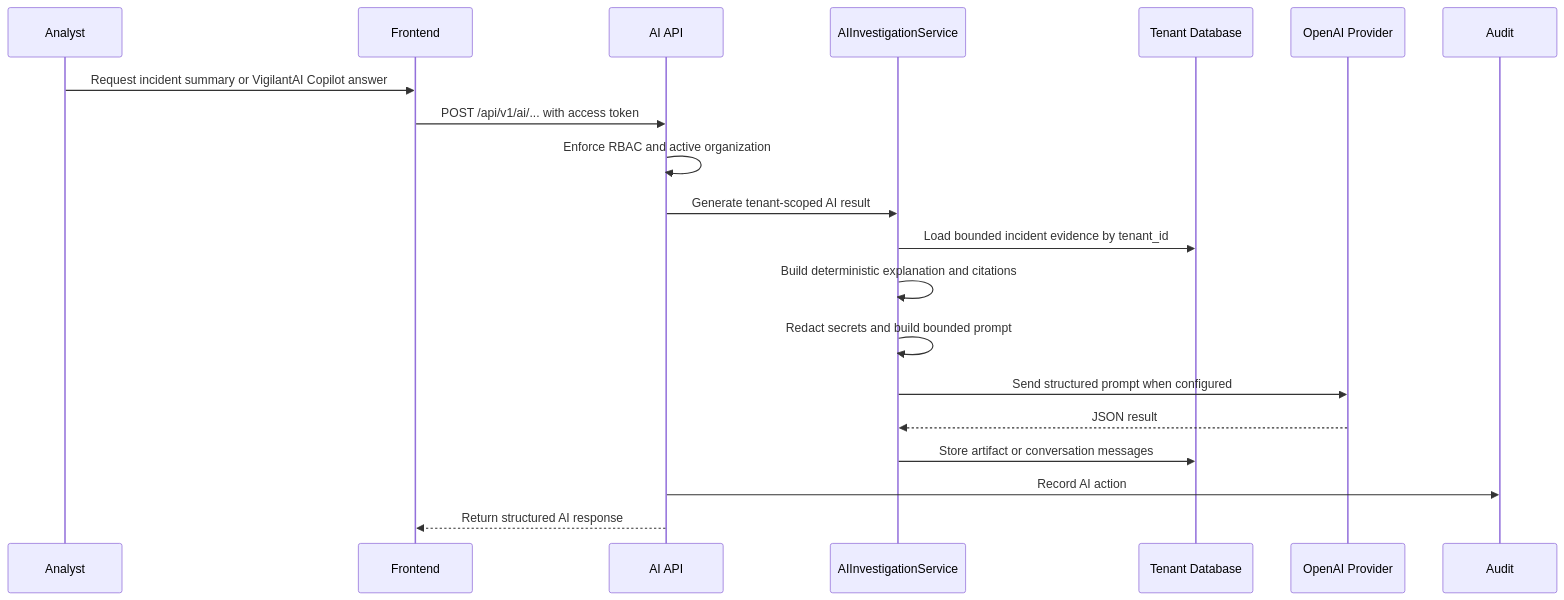
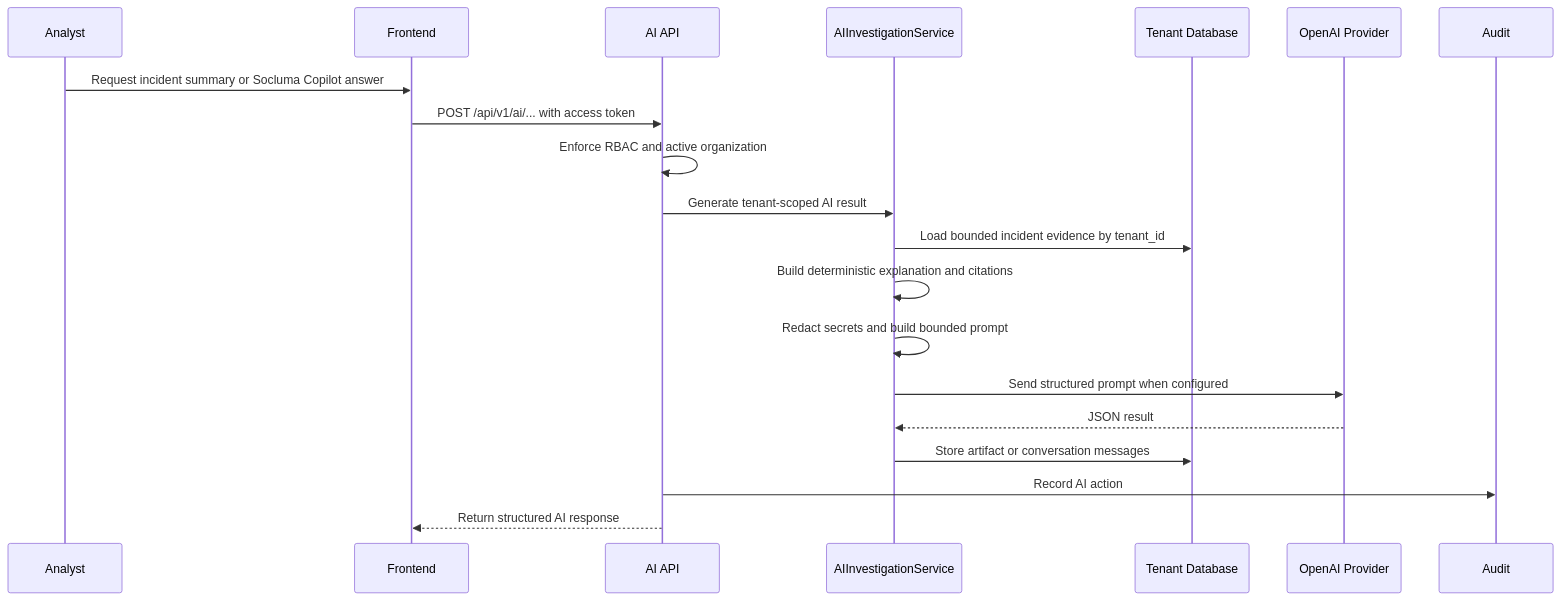
The third of 3 diagrams in ARCHITECTURE.md (ShkS44D/Socluma), drawn with Mermaid before and after one commit. The commit also changed other lines of this file and 112 other files, not shown here.

````diff
--- a/ARCHITECTURE.md
+++ b/ARCHITECTURE.md
@@ -229,23 +229,23 @@
 ```mermaid
 sequenceDiagram
     participant Analyst
     participant Frontend
     participant API as AI API
     participant Service as AIInvestigationService
     participant DB as Tenant Database
     participant LLM as OpenAI Provider
     participant Audit
 
-    Analyst->>Frontend: Request incident summary or VigilantAI Copilot answer
+    Analyst->>Frontend: Request incident summary or Socluma Copilot answer
     Frontend->>API: POST /api/v1/ai/... with access token
     API->>API: Enforce RBAC and active organization
     API->>Service: Generate tenant-scoped AI result
     Service->>DB: Load bounded incident evidence by tenant_id
     Service->>Service: Build deterministic explanation and citations
     Service->>Service: Redact secrets and build bounded prompt
     Service->>LLM: Send structured prompt when configured
     LLM-->>Service: JSON result
     Service->>DB: Store artifact or conversation messages
     API->>Audit: Record AI action
     API-->>Frontend: Return structured AI response
 ```
````
